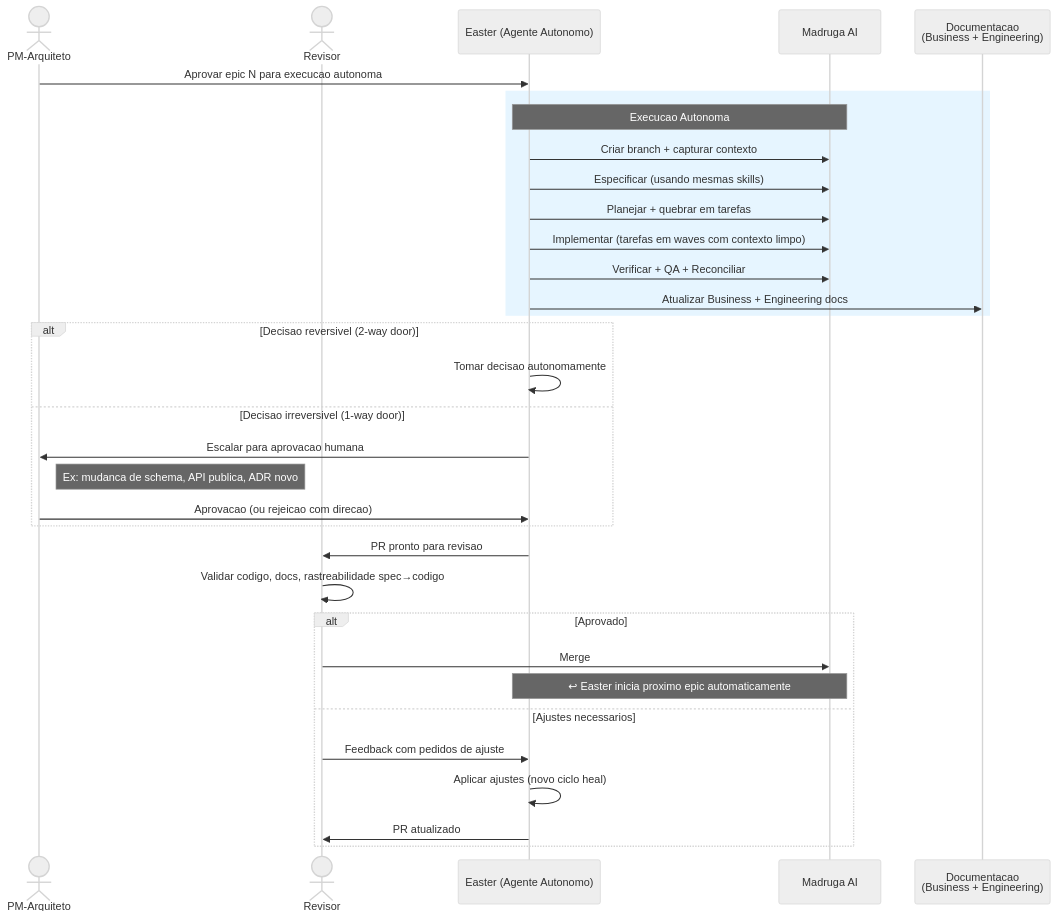
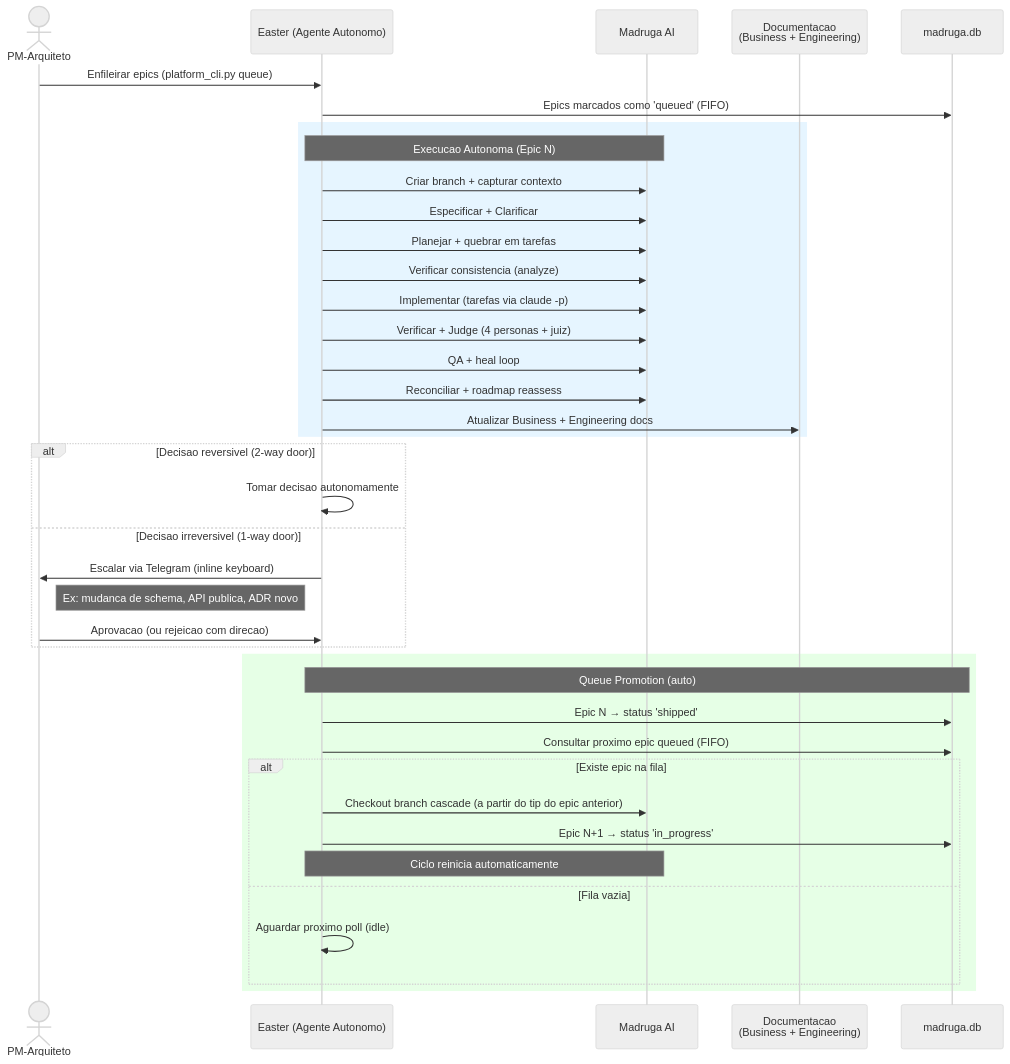
Before and after one commit to paceautomations/madruga.ai: the eighth of 12 diagrams in platforms/madruga-ai/business/process.md, drawn with Mermaid (neutral theme). The commit also changed other lines of this file and 9 other files, not shown here.

First line of the commit message:
chore: update platform docs (madruga-ai + prosauai)

````diff
--- a/platforms/madruga-ai/business/process.md
+++ b/platforms/madruga-ai/business/process.md
@@ -414,39 +424,45 @@
 ```mermaid
 sequenceDiagram
     actor PM as PM-Arquiteto
-    actor Rev as Revisor
     participant Easter as Easter (Agente Autonomo)
     participant Plataforma as Madruga AI
     participant Docs as Documentacao<br/>(Business + Engineering)
+    participant DB as madruga.db
 
-    PM->>Easter: Aprovar epic N para execucao autonoma
+    PM->>Easter: Enfileirar epics (platform_cli.py queue)
+    Easter->>DB: Epics marcados como 'queued' (FIFO)
 
     rect rgb(230, 245, 255)
-    note over Easter, Plataforma: Execucao Autonoma
+    note over Easter, Plataforma: Execucao Autonoma (Epic N)
     Easter->>Plataforma: Criar branch + capturar contexto
-    Easter->>Plataforma: Especificar (usando mesmas skills)
+    Easter->>Plataforma: Especificar + Clarificar
     Easter->>Plataforma: Planejar + quebrar em tarefas
-    Easter->>Plataforma: Implementar (tarefas em waves com contexto limpo)
-    Easter->>Plataforma: Verificar + QA + Reconciliar
+    Easter->>Plataforma: Verificar consistencia (analyze)
+    Easter->>Plataforma: Implementar (tarefas via claude -p)
+    Easter->>Plataforma: Verificar + Judge (4 personas + juiz)
+    Easter->>Plataforma: QA + heal loop
+    Easter->>Plataforma: Reconciliar + roadmap reassess
     Easter->>Docs: Atualizar Business + Engineering docs
     end
 
     alt Decisao reversivel (2-way door)
         Easter->>Easter: Tomar decisao autonomamente
     else Decisao irreversivel (1-way door)
-        Easter->>PM: Escalar para aprovacao humana
+        Easter->>PM: Escalar via Telegram (inline keyboard)
         note right of PM: Ex: mudanca de schema, API publica, ADR novo
         PM->>Easter: Aprovacao (ou rejeicao com direcao)
     end
 
-    Easter->>Rev: PR pronto para revisao
-    Rev->>Rev: Validar codigo, docs, rastreabilidade spec→codigo
-    alt Aprovado
-        Rev->>Plataforma: Merge
-        note over Easter, Plataforma: ↩ Easter inicia proximo epic automaticamente
-    else Ajustes necessarios
-        Rev->>Easter: Feedback com pedidos de ajuste
-        Easter->>Easter: Aplicar ajustes (novo ciclo heal)
-        Easter->>Rev: PR atualizado
+    rect rgb(230, 255, 230)
+    note over Easter, DB: Queue Promotion (auto)
+    Easter->>DB: Epic N → status 'shipped'
+    Easter->>DB: Consultar proximo epic queued (FIFO)
+    alt Existe epic na fila
+        Easter->>Plataforma: Checkout branch cascade (a partir do tip do epic anterior)
+        Easter->>DB: Epic N+1 → status 'in_progress'
+        note over Easter, Plataforma: Ciclo reinicia automaticamente
+    else Fila vazia
+        Easter->>Easter: Aguardar proximo poll (idle)
+    end
     end
 ```
````
